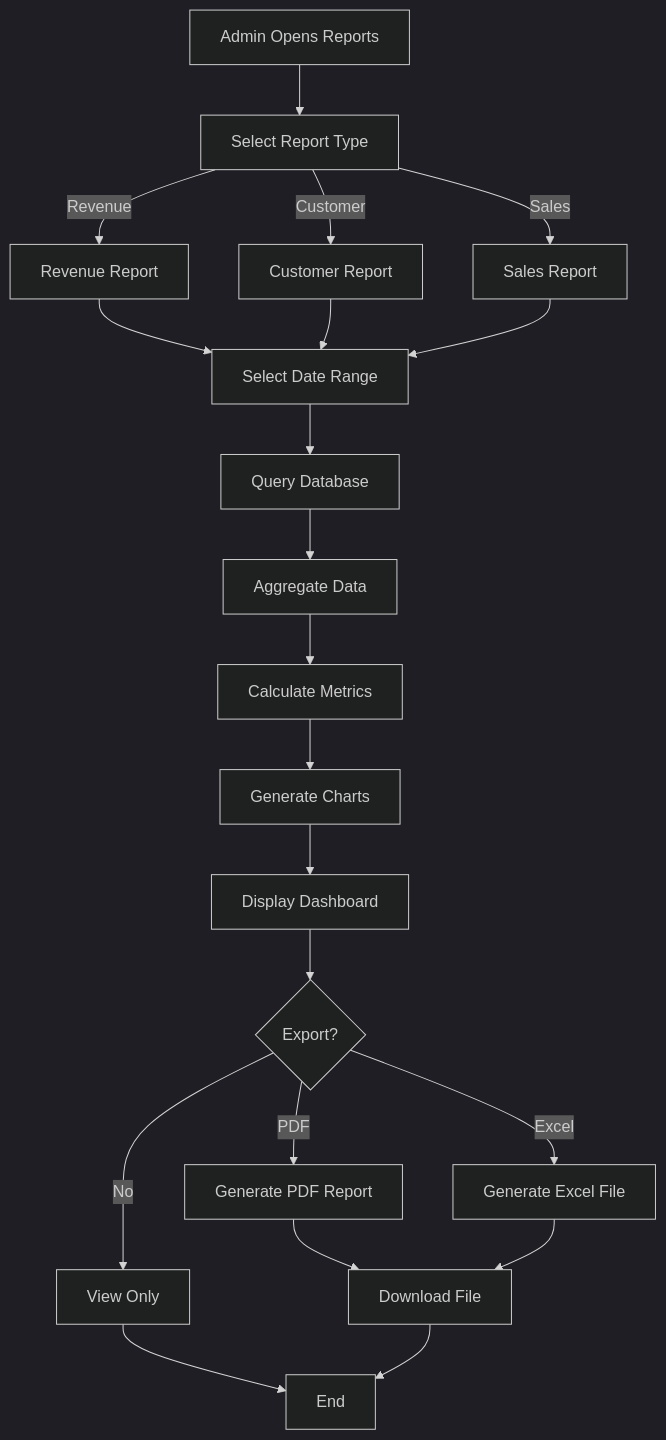
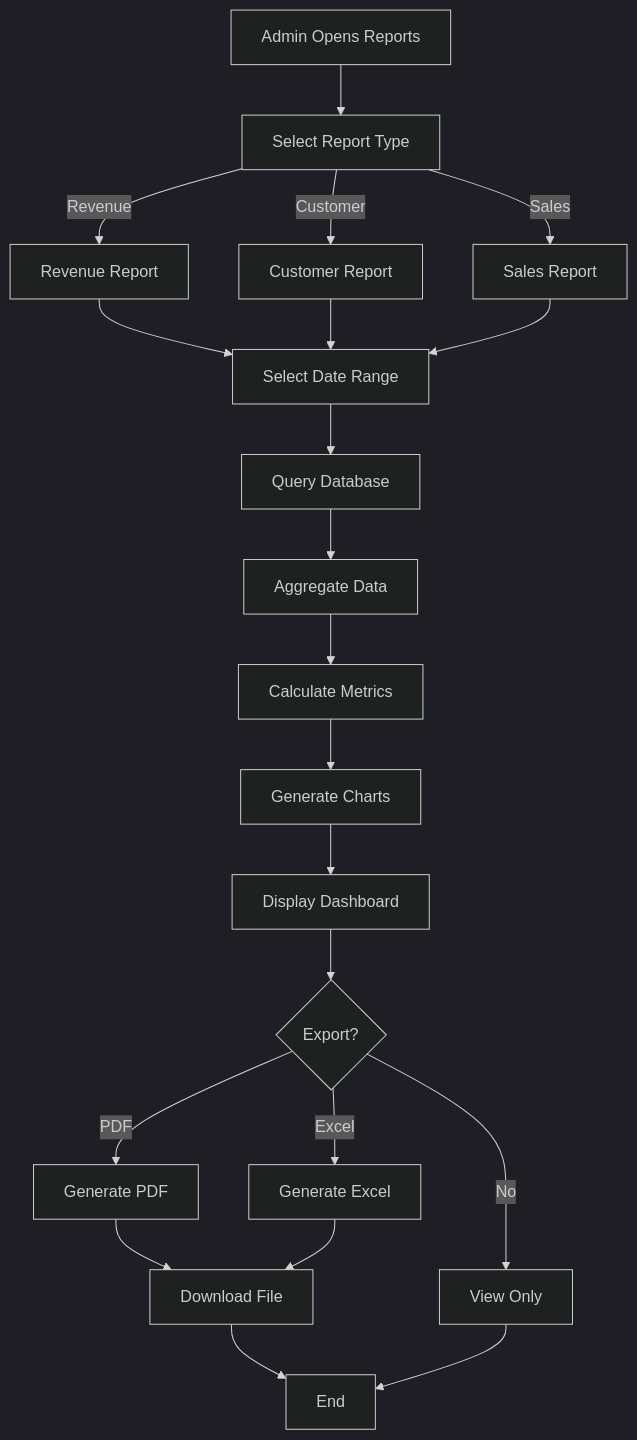
Before and after one commit to rayocta303/RadixLink: diagram 13 of 15 in README.md, drawn with Mermaid (dark theme). The commit also changed other lines of this file, not shown here.

First line of the commit message:
Assistant checkpoint: Fix all Mermaid diagram syntax errors in README.md

````diff
--- a/README.md
+++ b/README.md
@@ -693,29 +697,29 @@
 ```mermaid
 flowchart TD
-    A[Admin Opens Reports] --> B[Select Report Type]
+    A[Admin Opens Reports]
+    B[Select Report Type]
+    C[Revenue Report]
+    D[Customer Report]
+    E[Sales Report]
+    F[Select Date Range]
+    G[Query Database]
+    H[Aggregate Data]
+    I[Calculate Metrics]
+    J[Generate Charts]
+    K[Display Dashboard]
+    L{Export?}
+    M[Generate PDF]
+    N[Generate Excel]
+    O[View Only]
+    P[Download File]
+    Q[End]
     
-    B -->|Revenue| C[Revenue Report]
-    B -->|Customer| D[Customer Report]
-    B -->|Sales| E[Sales Report]
-    
-    C --> F[Select Date Range]
-    D --> F
-    E --> F
-    
-    F --> G[Query Database]
-    G --> H[Aggregate Data]
-    H --> I[Calculate Metrics]
-    
-    I --> J[Generate Charts]
-    J --> K[Display Dashboard]
-    
-    K --> L{Export?}
-    L -->|PDF| M[Generate PDF Report]
-    L -->|Excel| N[Generate Excel File]
-    L -->|No| O[View Only]
-    
-    M --> P[Download File]
-    N --> P
-    O --> Q[End]
-    P --> Q
+    A --> B
+    B -->|Revenue| C --> F
+    B -->|Customer| D --> F
+    B -->|Sales| E --> F
+    F --> G --> H --> I --> J --> K --> L
+    L -->|PDF| M --> P --> Q
+    L -->|Excel| N --> P
+    L -->|No| O --> Q
 ```
````
